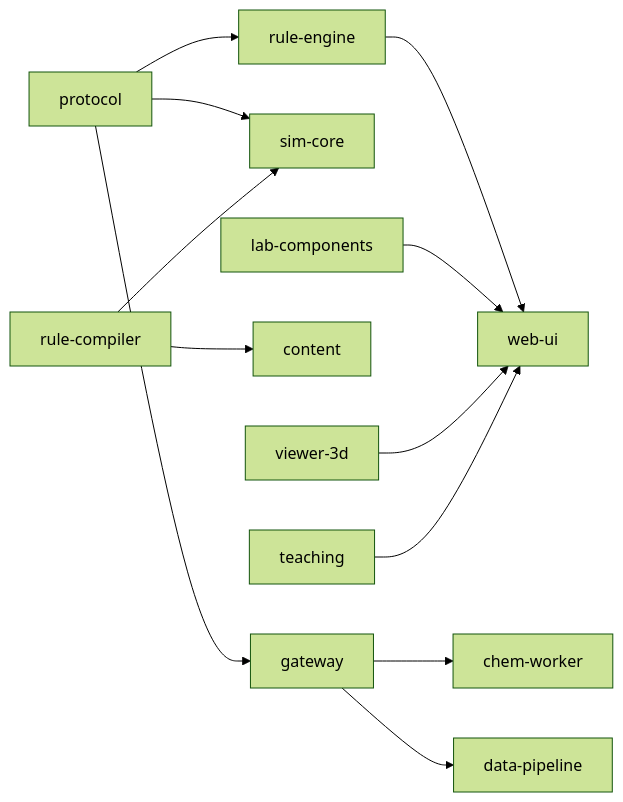
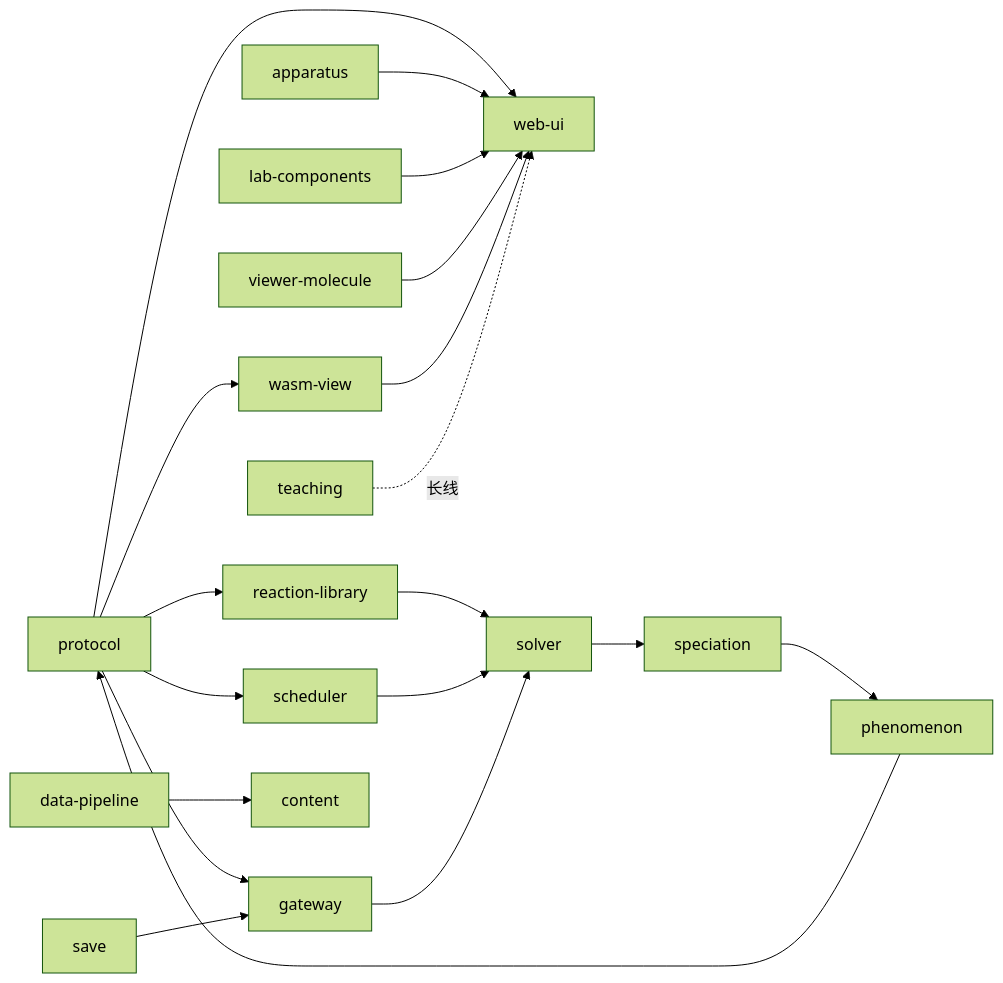
The diagram in docs/design/05-工程结构与路径.md (stellarissss/open-chem-lab), drawn with Mermaid (forest theme) before and after one commit. The commit also changed other lines of this file and 46 other files, not shown here.

````diff
--- a/docs/design/05-工程结构与路径.md
+++ b/docs/design/05-工程结构与路径.md
@@ -63,13 +73,21 @@
 ```mermaid
 flowchart LR
-  protocol --> rule-engine --> web-ui
-  protocol --> sim-core
+  protocol --> reaction-library
+  protocol --> scheduler
+  protocol --> web-ui
+  protocol --> wasm-view
   protocol --> gateway
-  rule-compiler --> content
-  rule-compiler --> sim-core
+  reaction-library --> solver
+  scheduler --> solver
+  solver --> speciation
+  speciation --> phenomenon
+  phenomenon --> protocol
+  apparatus --> web-ui
   lab-components --> web-ui
-  viewer-3d --> web-ui
-  teaching --> web-ui
-  gateway --> chem-worker
-  gateway --> data-pipeline
+  viewer-molecule --> web-ui
+  wasm-view --> web-ui
+  save --> gateway
+  teaching -.长线.-> web-ui
+  gateway --> solver
+  data-pipeline --> content
 ```
````
